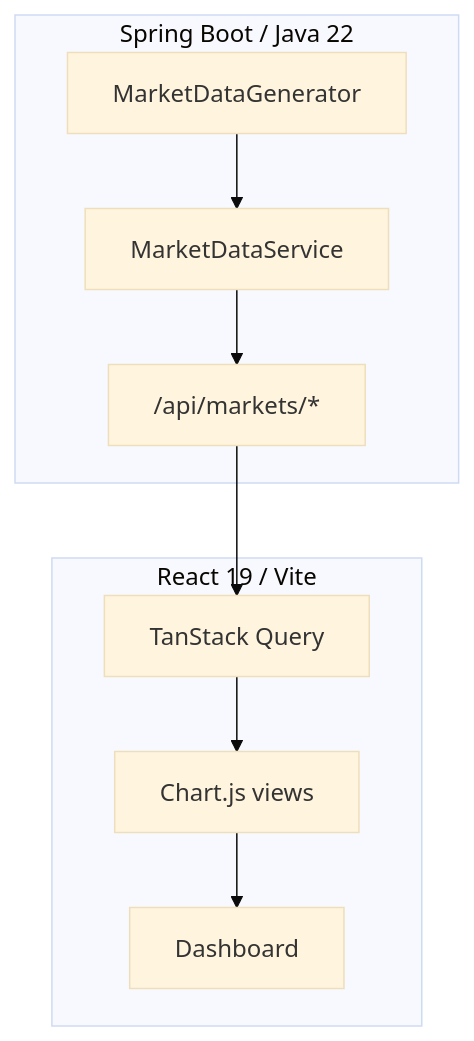
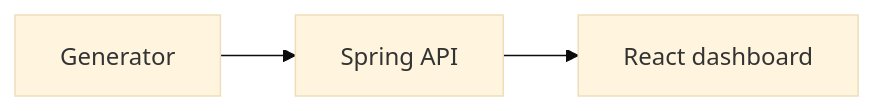
Before and after one commit to pdj555/energy-market-visualization: the diagram in README.md, drawn with Mermaid (base theme). The commit also changed other lines of this file, not shown here.

````diff
--- a/README.md
+++ b/README.md
@@ -7,18 +5,5 @@
 ```mermaid
-flowchart TB
-  subgraph Backend["Spring Boot / Java 22"]
-    G[MarketDataGenerator]
-    S[MarketDataService]
-    API["/api/markets/*"]
-    G --> S --> API
-  end
-
-  subgraph Frontend["React 19 / Vite"]
-    Q[TanStack Query]
-    CH[Chart.js views]
-    UI[Dashboard]
-    Q --> CH --> UI
-  end
-
-  API --> Q
+flowchart LR
+  G[Generator] --> API[Spring API]
+  API --> UI[React dashboard]
 ```
````
